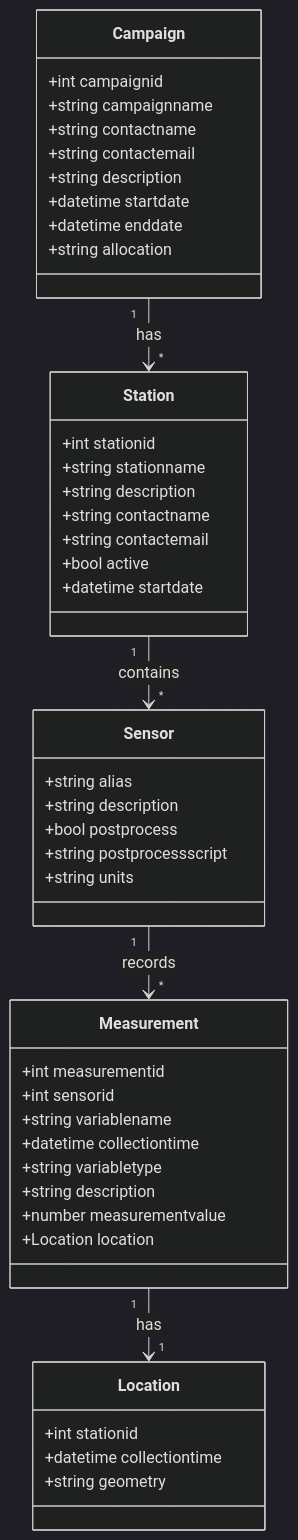
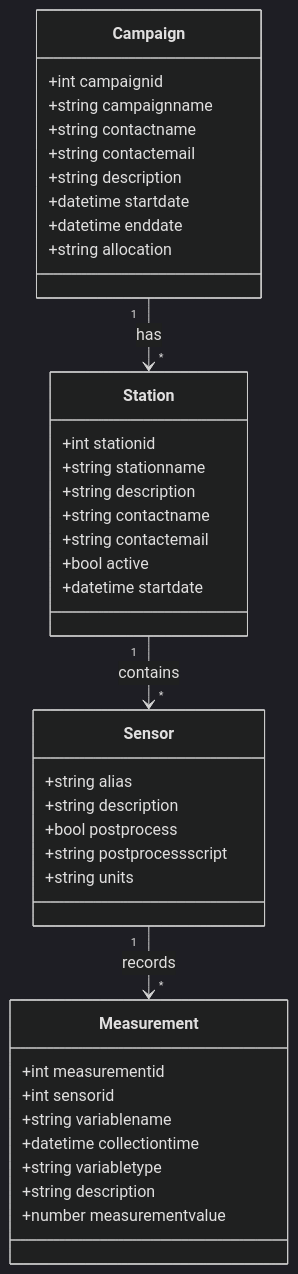
The diagram in README.md (In-For-Disaster-Analytics/upstream-docker), drawn with Mermaid (dark theme) before and after one commit. The commit also changed 2 other files, not shown here.

Commit message:
refactor: Remove Location model and related references
- Deleted the Location model from the codebase and removed its references from the Measurement model in the README.
- Added a new Alembic migration to drop the locations table and the associated locationid column from the measurements table.

````diff
--- a/README.md
+++ b/README.md
@@ -127,53 +127,44 @@
 ```mermaid
 classDiagram
     class Campaign {
         +int campaignid
         +string campaignname
         +string contactname
         +string contactemail
         +string description
         +datetime startdate
         +datetime enddate
         +string allocation
     }
 
     class Station {
         +int stationid
         +string stationname
         +string description
         +string contactname
         +string contactemail
         +bool active
         +datetime startdate
     }
 
     class Sensor {
         +string alias
         +string description
         +bool postprocess
         +string postprocessscript
         +string units
     }
 
     class Measurement {
         +int measurementid
         +int sensorid
         +string variablename
         +datetime collectiontime
         +string variabletype
         +string description
         +number measurementvalue
-        +Location location
     }
-
-    class Location {
-        +int stationid
-        +datetime collectiontime
-        +string geometry
-    }
-
     Campaign "1" --> "*" Station : has
     Station "1" --> "*" Sensor : contains
     Sensor "1" --> "*" Measurement : records
-    Measurement "1" --> "1" Location : has
 ```
````
